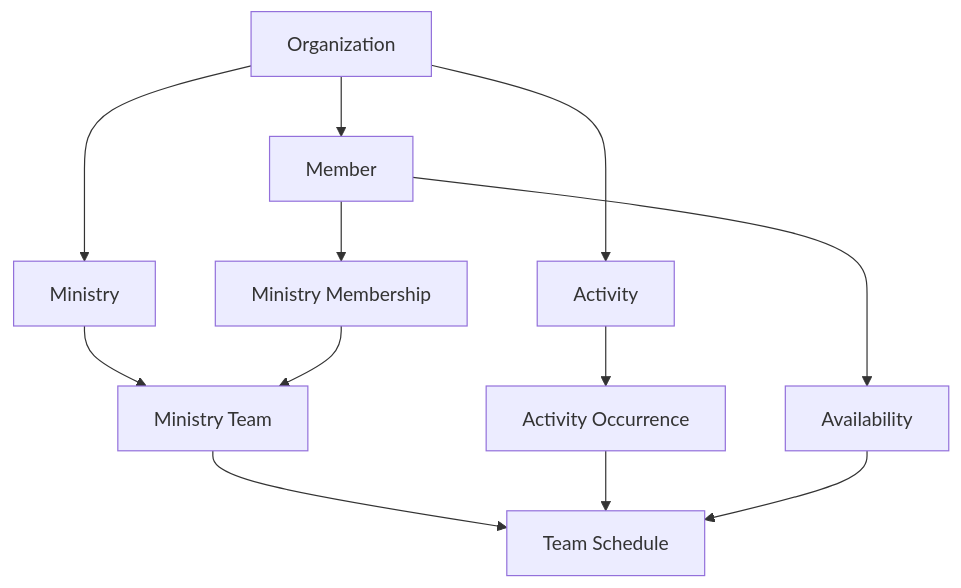
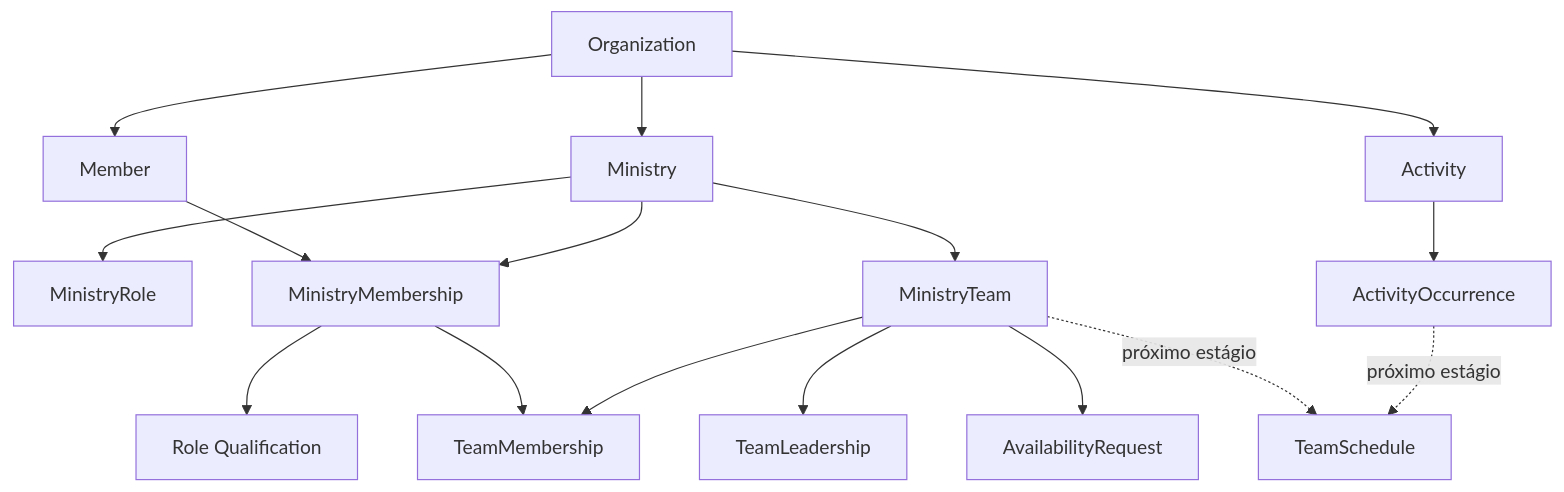
One commit to MauricioGomes02/servir changed the second of 2 diagrams in README.md. Above: the diagram before and after it, drawn with Mermaid. The commit also changed other lines of this file, not shown here.

````diff
--- a/README.md
+++ b/README.md
@@ -69,14 +104,18 @@
 ```mermaid
 flowchart TD
     O[Organization] --> M[Member]
     O --> MIN[Ministry]
-    MIN --> TEAM[Ministry Team]
-    M --> MM[Ministry Membership]
-    MM --> TEAM
+    MIN --> MR[MinistryRole]
+    M --> MM[MinistryMembership]
+    MIN --> MM
+    MM --> Q[Role Qualification]
+    MIN --> MT[MinistryTeam]
+    MM --> TM[TeamMembership]
+    MT --> TM
+    MT --> L[TeamLeadership]
     O --> A[Activity]
-    A --> AO[Activity Occurrence]
-    TEAM --> S[Team Schedule]
-    AO --> S
-    M --> AV[Availability]
-    AV --> S
+    A --> AO[ActivityOccurrence]
+    MT --> AR[AvailabilityRequest]
+    MT -. próximo estágio .-> S[TeamSchedule]
+    AO -. próximo estágio .-> S
 ```
````
